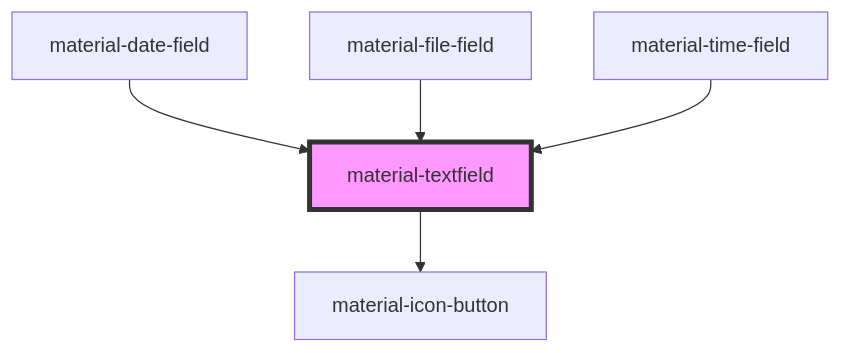
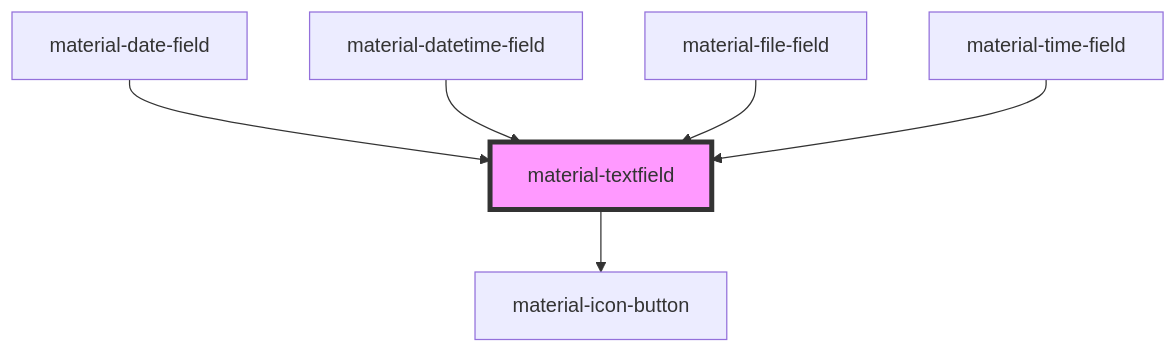
One commit to RobustaRush/material changed the diagram in src/components/material-textfield/readme.md. Above: the diagram before and after it, drawn with Mermaid. The commit also changed other lines of this file and 12 other files, not shown here.

First line of the commit message:
feat: material-datetime-field

````diff
--- a/src/components/material-textfield/readme.md
+++ b/src/components/material-textfield/readme.md
@@ -56,8 +57,9 @@
 ```mermaid
 graph TD;
   material-textfield --> material-icon-button
   material-date-field --> material-textfield
+  material-datetime-field --> material-textfield
   material-file-field --> material-textfield
   material-time-field --> material-textfield
   style material-textfield fill:#f9f,stroke:#333,stroke-width:4px
 ```
````
